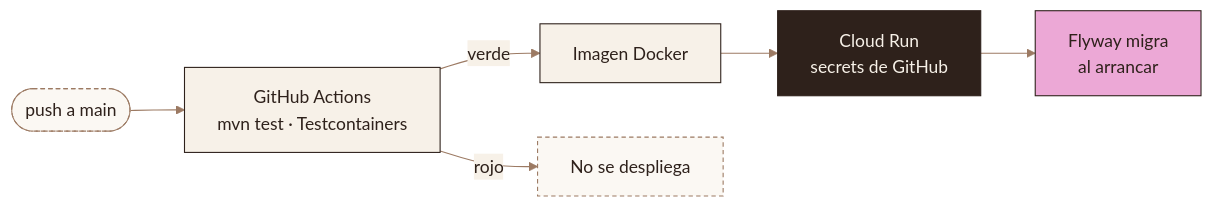
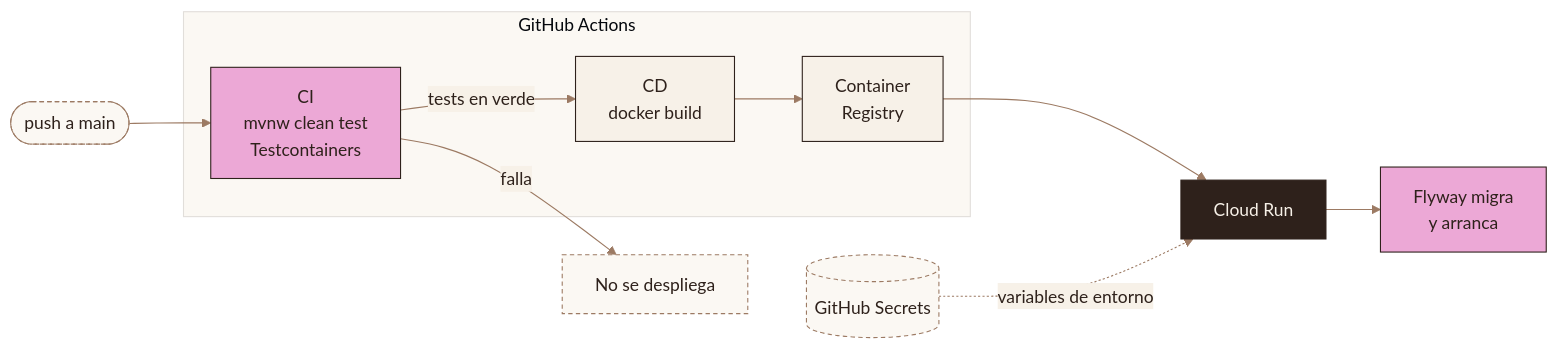
Before and after one commit to HotelGotitass/Hotel: the eighth of 8 diagrams in README.md, drawn with Mermaid. The commit also changed other lines of this file, not shown here.

Commit message:
docs: seccion de CI/CD en el README (pipeline, etapas y secrets requeridos)

````diff
--- a/README.md
+++ b/README.md
@@ -524,12 +529,17 @@
 ```mermaid
 %%{init: {"theme":"base","themeVariables":{"primaryColor":"#F7F1E8","primaryTextColor":"#2E211B","primaryBorderColor":"#2E211B","lineColor":"#9C7A63","secondaryColor":"#ECA8D6","tertiaryColor":"#FBF8F3","edgeLabelBackground":"#F7F1E8","noteBkgColor":"#ECA8D6","noteTextColor":"#2E211B","noteBorderColor":"#2E211B","actorBkg":"#2E211B","actorTextColor":"#F7F1E8","actorBorder":"#2E211B","actorLineColor":"#9C7A63","signalColor":"#9C7A63","signalTextColor":"#9C7A63","labelBoxBkgColor":"#ECA8D6","labelTextColor":"#2E211B","loopTextColor":"#9C7A63","attributeBackgroundColorOdd":"#FBF8F3","attributeBackgroundColorEven":"#F7F1E8"}}}%%
 flowchart LR
-    P(["push a main"]):::ext --> CI["GitHub Actions<br/>mvn test · Testcontainers"]
-    CI -->|"verde"| IMG["Imagen Docker"]
-    IMG --> CR["Cloud Run<br/>secrets de GitHub"]:::dark
-    CR --> FW["Flyway migra<br/>al arrancar"]:::accent
-    CI -->|"rojo"| STOP["No se despliega"]:::ext
+    P(["push a main"]):::ext --> CI
+    subgraph GA["GitHub Actions"]
+        CI["CI<br/>mvnw clean test<br/>Testcontainers"]:::accent
+        CI -->|"tests en verde"| B["CD<br/>docker build"]
+        B --> R["Container<br/>Registry"]
+    end
+    R --> CR["Cloud Run"]:::dark
+    S[("GitHub Secrets")]:::ext -.->|"variables de entorno"| CR
+    CR --> FW["Flyway migra<br/>y arranca"]:::accent
+    CI -->|"falla"| STOP["No se despliega"]:::ext
     classDef dark fill:#2E211B,stroke:#2E211B,color:#F7F1E8
     classDef accent fill:#ECA8D6,stroke:#2E211B,color:#2E211B
     classDef ext fill:#FBF8F3,stroke:#9C7A63,color:#2E211B,stroke-dasharray:4 3
 ```
````
